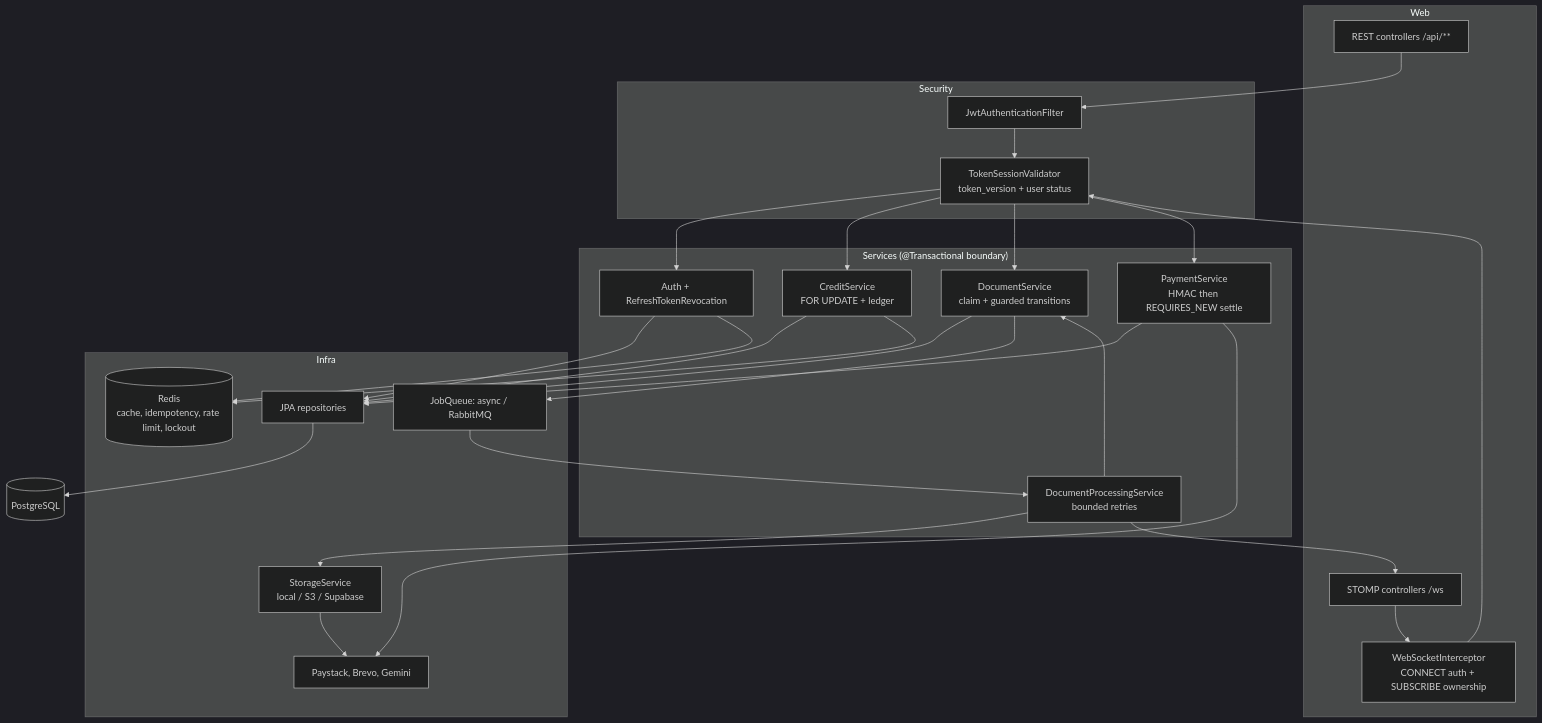
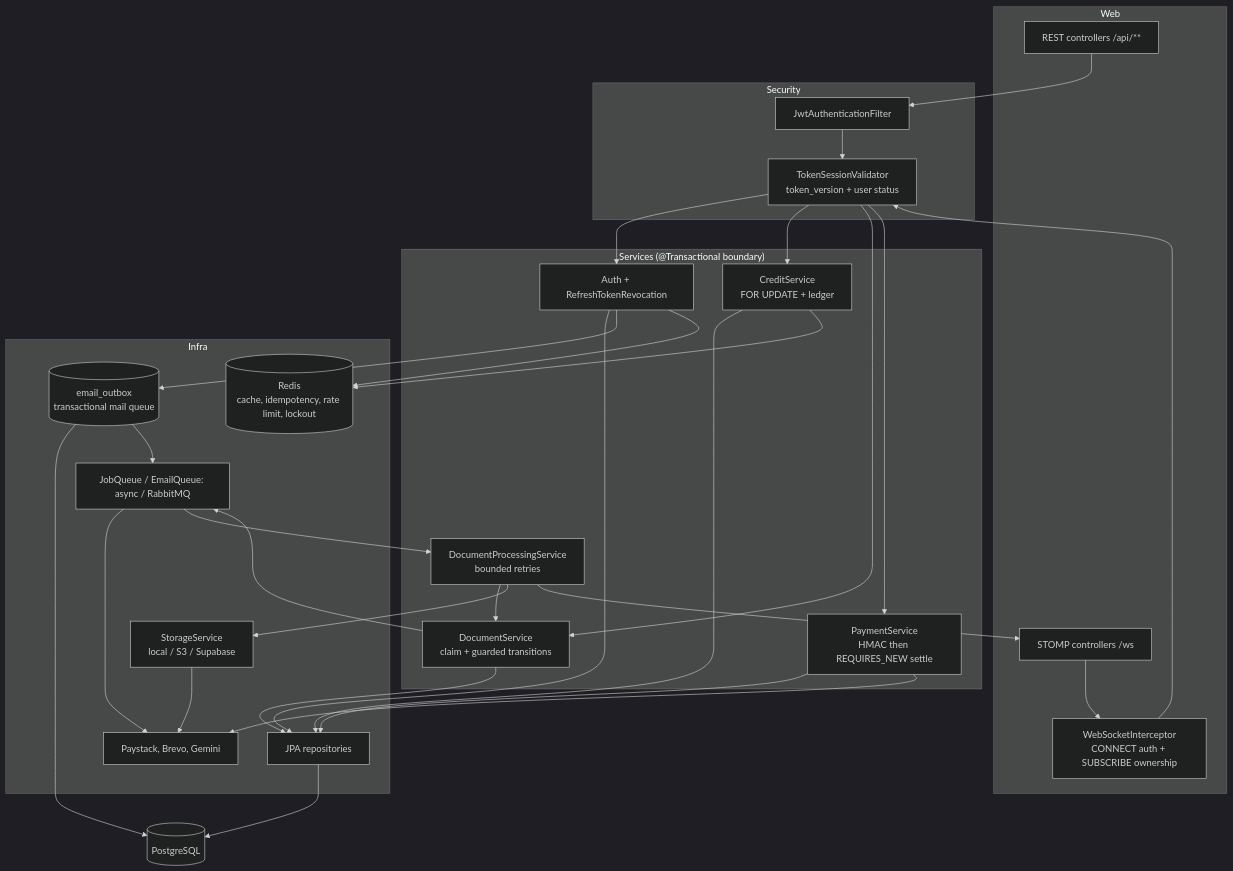
Before and after one commit to emmanuel-40/content-analytics: the first of 4 diagrams in docs/ARCHITECTURE.md, drawn with Mermaid (dark theme). The commit also changed other lines of this file and 51 other files, not shown here.

Commit message:
fix: harden auth, reporting, email outbox and payments

````diff
--- a/docs/ARCHITECTURE.md
+++ b/docs/ARCHITECTURE.md
@@ -29,37 +29,40 @@
 ```mermaid
 flowchart TB
   subgraph Web
     REST[REST controllers /api/**]
     STOMP[STOMP controllers /ws]
     WSInt[WebSocketInterceptor<br/>CONNECT auth + SUBSCRIBE ownership]
   end
   subgraph Security
     JwtFilter[JwtAuthenticationFilter]
     Session[TokenSessionValidator<br/>token_version + user status]
   end
   subgraph Domain["Services (@Transactional boundary)"]
     AuthSvc[Auth + RefreshTokenRevocation]
     CreditSvc[CreditService<br/>FOR UPDATE + ledger]
     DocSvc[DocumentService<br/>claim + guarded transitions]
     Worker[DocumentProcessingService<br/>bounded retries]
     PaySvc[PaymentService<br/>HMAC then REQUIRES_NEW settle]
   end
   subgraph Infra
     JPA[JPA repositories]
     Redis[(Redis<br/>cache, idempotency, rate limit, lockout)]
     Storage[StorageService<br/>local / S3 / Supabase]
     HTTP[Paystack, Brevo, Gemini]
-    MQ[JobQueue: async / RabbitMQ]
+    MQ[JobQueue / EmailQueue: async / RabbitMQ]
+    Outbox[(email_outbox<br/>transactional mail queue)]
   end
   PG[(PostgreSQL)]
 
   REST --> JwtFilter --> Session --> AuthSvc & CreditSvc & DocSvc & PaySvc
   STOMP --> WSInt --> Session
   AuthSvc & CreditSvc & DocSvc & PaySvc --> JPA --> PG
+  AuthSvc --> Outbox --> PG
+  Outbox --> MQ --> HTTP
   AuthSvc --> Redis
   CreditSvc --> Redis
   DocSvc --> MQ --> Worker --> DocSvc
   Worker --> Storage --> HTTP
   PaySvc --> HTTP
   Worker --> STOMP
 ```
````
